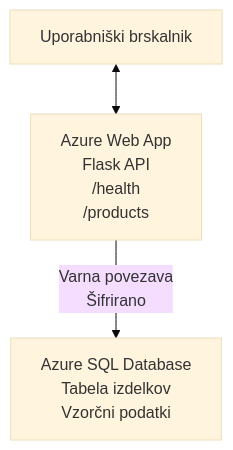
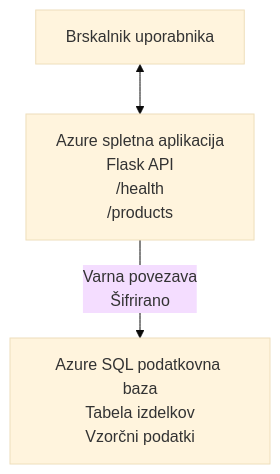
One commit to microsoft/AZD-for-beginners changed the diagram in translations/sl/examples/database-app/README.md. Above: the diagram before and after it, drawn with Mermaid (base theme). The commit also changed other lines of this file and 104 other files, not shown here.

````diff
--- a/translations/sl/examples/database-app/README.md
+++ b/translations/sl/examples/database-app/README.md
@@ -72,5 +72,5 @@
 ```mermaid
 graph TD
-    Browser[Uporabniški brskalnik] <--> WebApp[Azure Web App<br/>Flask API<br/>/health<br/>/products]
-    WebApp -- Varna povezava<br/>Šifrirano --> SQL[Azure SQL Database<br/>Tabela izdelkov<br/>Vzorčni podatki]
+    Browser[Brskalnik uporabnika] <--> WebApp[Azure spletna aplikacija<br/>Flask API<br/>/health<br/>/products]
+    WebApp -- Varna povezava<br/>Šifrirano --> SQL[Azure SQL podatkovna baza<br/>Tabela izdelkov<br/>Vzorčni podatki]
 ```
````
